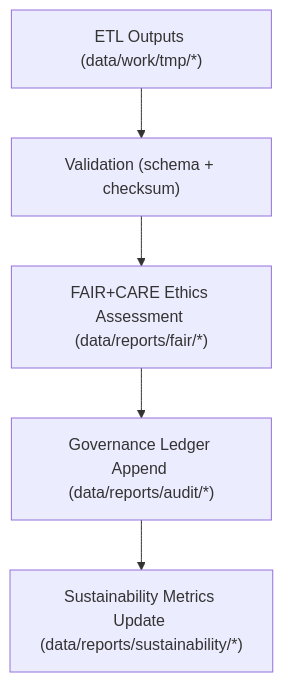
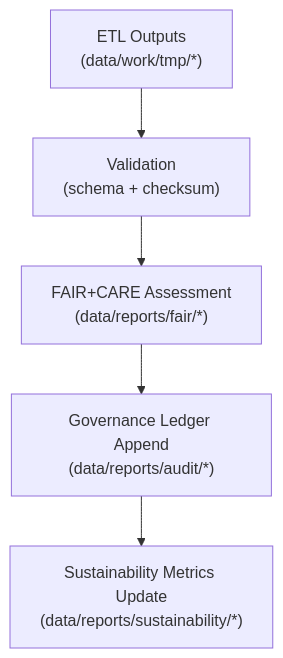
The diagram in data/reports/README.md (bartytime4life/Kansas-Frontier-Matrix), drawn with Mermaid before and after one commit. The commit also changed other lines of this file, not shown here.

````diff
--- a/data/reports/README.md
+++ b/data/reports/README.md
@@ -194,7 +218,7 @@
 ```mermaid
 flowchart TD
-    A["ETL Outputs (data/work/tmp/*)"] --> V["Validation (schema + checksum)"]
-    V --> F["FAIR+CARE Ethics Assessment (data/reports/fair/*)"]
-    F --> G["Governance Ledger Append (data/reports/audit/*)"]
-    G --> S["Sustainability Metrics Update (data/reports/sustainability/*)"]
+    A["ETL Outputs\n(data/work/tmp/*)"] --> V["Validation\n(schema + checksum)"]
+    V --> F["FAIR+CARE Assessment\n(data/reports/fair/*)"]
+    F --> G["Governance Ledger Append\n(data/reports/audit/*)"]
+    G --> S["Sustainability Metrics Update\n(data/reports/sustainability/*)"]
 ```
````
